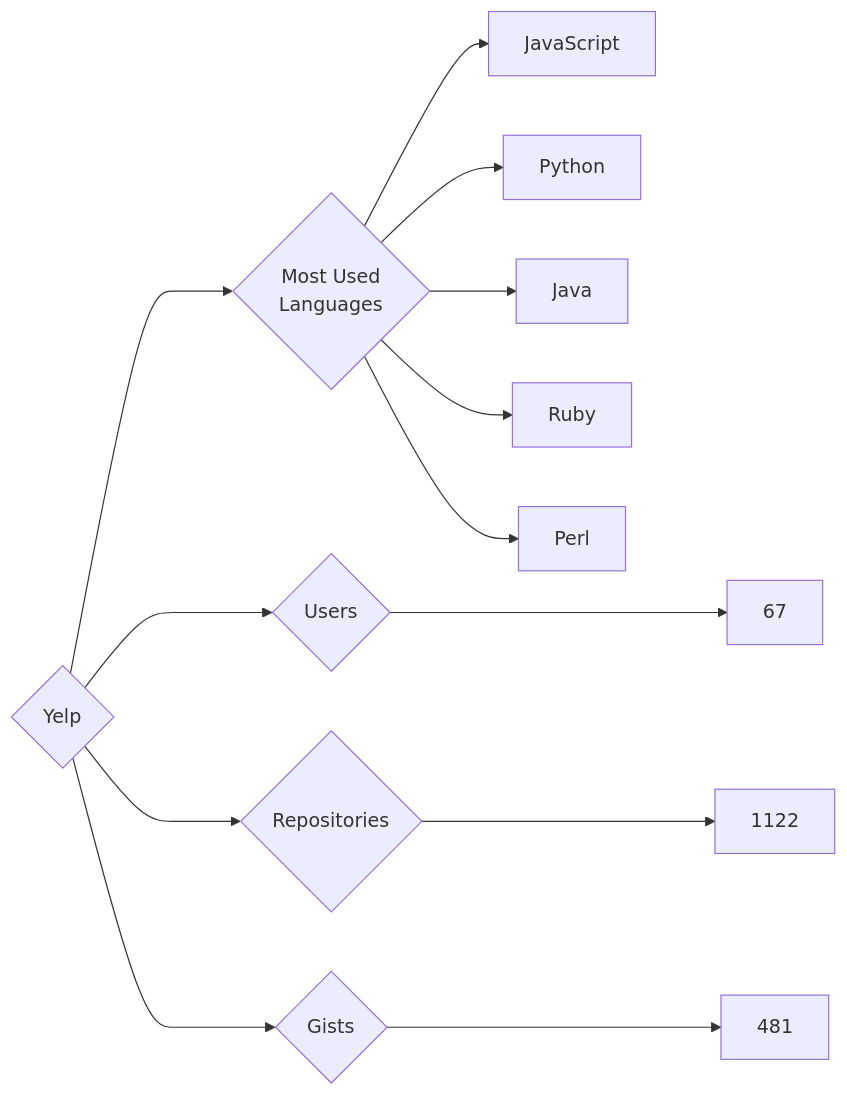
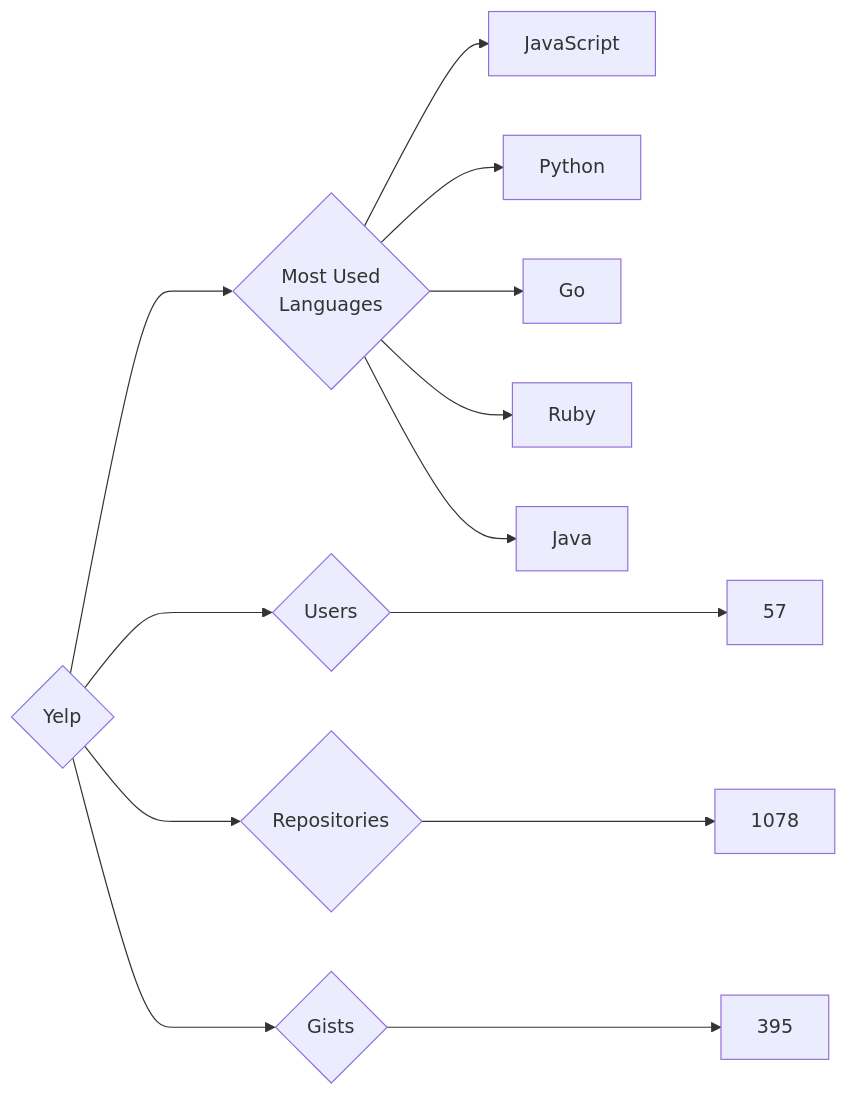
Before and after one commit to trickest/insiders: the diagram in targets/Yelp/README.md, drawn with Mermaid. The commit also changed 898 other files, not shown here.

````diff
--- a/targets/Yelp/README.md
+++ b/targets/Yelp/README.md
@@ -3,13 +3,13 @@
 ```mermaid
 graph LR
 COMPANY_NAME{Yelp}
-COMPANY_NAME ---> U{Users} ---> UN[67]
-COMPANY_NAME ---> R{Repositories} ---> RN[1122]
-COMPANY_NAME ---> G{Gists} ---> GN[481]
+COMPANY_NAME ---> U{Users} ---> UN[57]
+COMPANY_NAME ---> R{Repositories} ---> RN[1078]
+COMPANY_NAME ---> G{Gists} ---> GN[395]
 COMPANY_NAME ---> ML{Most Used<br>Languages}
 ML --> JavaScript[JavaScript]
 ML --> Python[Python]
+ML --> Go[Go]
+ML --> Ruby[Ruby]
 ML --> Java[Java]
-ML --> Ruby[Ruby]
-ML --> Perl[Perl]
 ```
````
